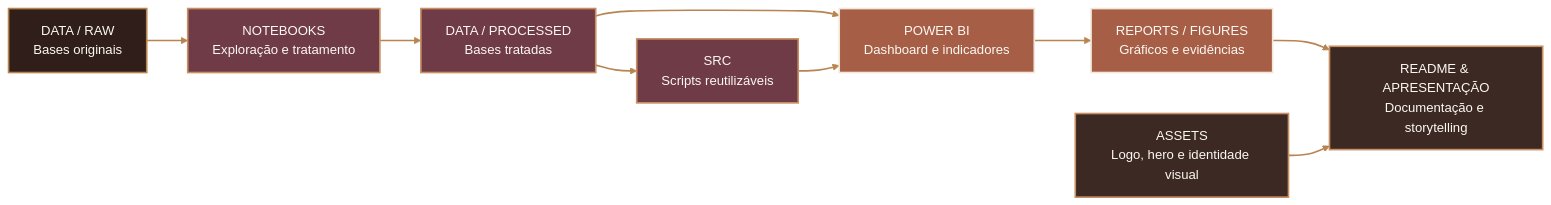
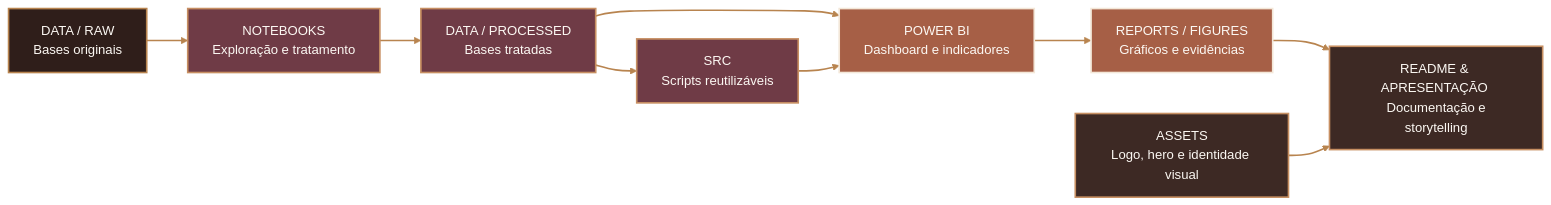
One commit to Projeto-L-Oreal-Paris/Avanco-da-industria-da-maquiagem changed diagram 16 of 17 in README.md. Above: the diagram before and after it, drawn with Mermaid. The commit also changed other lines of this file, not shown here.

````diff
--- a/README.md
+++ b/README.md
@@ -2218,24 +2218,24 @@
 ```mermaid
 flowchart LR
-    A["DATA / RAW<br/>Bases originais"] --> B["NOTEBOOKS<br/>Exploração e tratamento"]
-    B --> C["DATA / PROCESSED<br/>Bases tratadas"]
-    C --> D["SRC<br/>Scripts reutilizáveis"]
-    C --> E["POWER BI<br/>Dashboard e indicadores"]
+    A["DATA / RAW <br/> Bases originais"] --> B["NOTEBOOKS <br/> Exploração e tratamento"]
+    B --> C["DATA / PROCESSED <br/> Bases tratadas"]
+    C --> D["SRC <br/> Scripts reutilizáveis"]
+    C --> E["POWER BI <br/> Dashboard e indicadores"]
     D --> E
-    E --> F["REPORTS / FIGURES<br/>Gráficos e evidências"]
-    F --> G["README & APRESENTAÇÃO<br/>Documentação e storytelling"]
+    E --> F["REPORTS / FIGURES <br/> Gráficos e evidências"]
+    F --> G["README & APRESENTAÇÃO <br/> Documentação e storytelling"]
 
     H["ASSETS<br/>Logo, hero e identidade visual"] --> G
 
     classDef origem fill:#2F1E1A,stroke:#B8844F,color:#FCF8F3,stroke-width:2px;
     classDef processamento fill:#6F3B46,stroke:#C78F62,color:#FCF8F3,stroke-width:2px;
     classDef entrega fill:#A65F46,stroke:#F3E7D8,color:#FCF8F3,stroke-width:2px;
     classDef visual fill:#3D2924,stroke:#C78F62,color:#FCF8F3,stroke-width:2px;
 
     class A origem;
     class B,C,D processamento;
     class E,F entrega;
     class G,H visual;
 
     linkStyle default stroke:#B8844F,stroke-width:2px;
 ```
````
